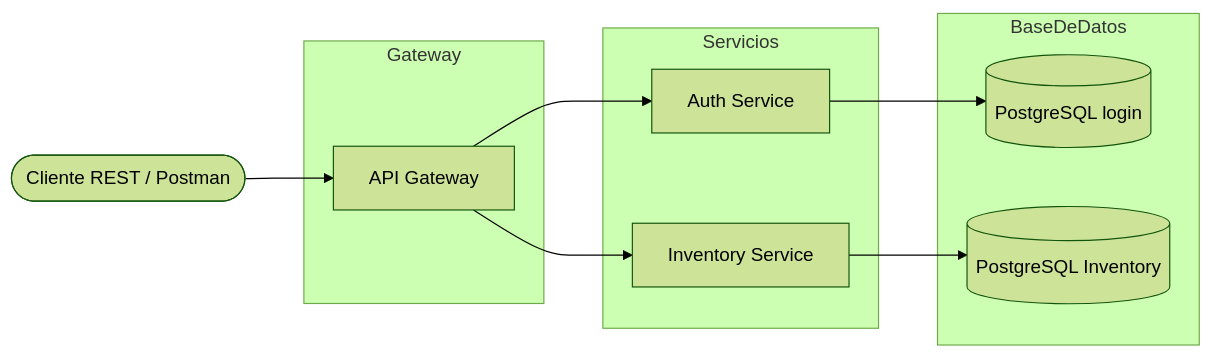
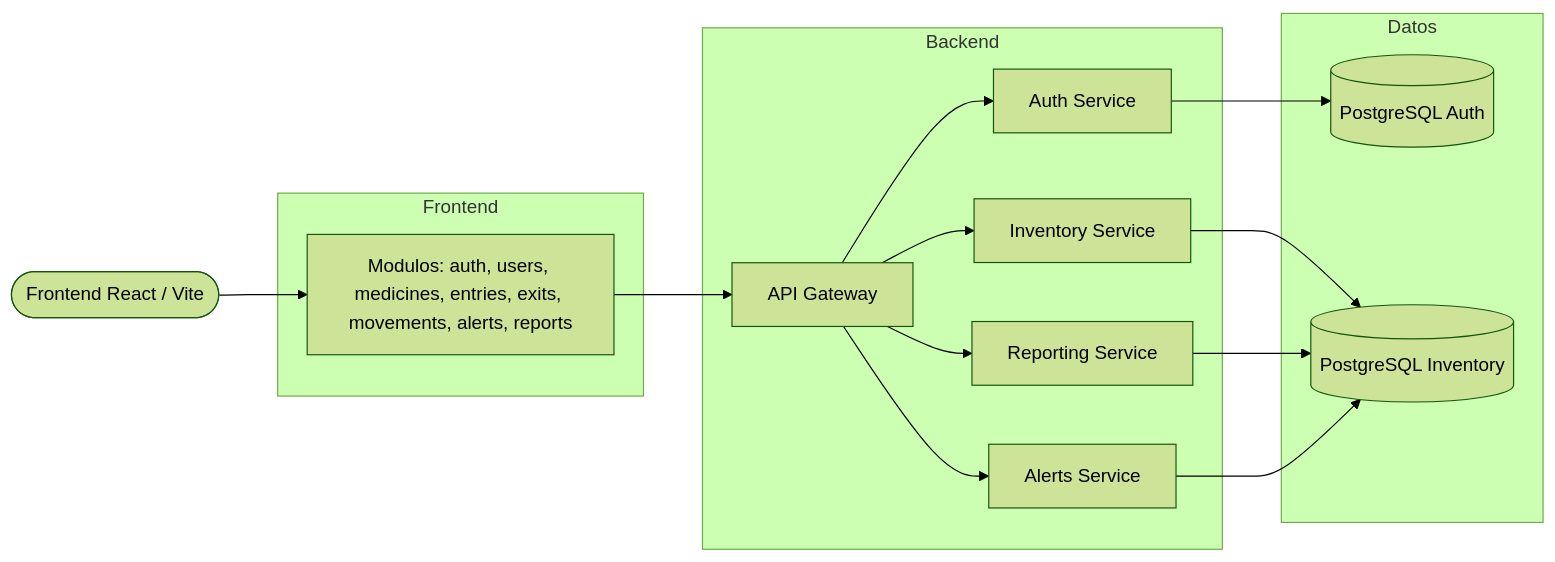
Before and after one commit to jose6668/FarmaExpres-Diagramas: the third of 4 diagrams in README.md, drawn with Mermaid (forest theme). The commit also changed other lines of this file, not shown here.

````diff
--- a/README.md
+++ b/README.md
@@ -164,27 +201,33 @@
 ```mermaid
 flowchart LR
 
-Cliente([Cliente REST / Postman])
+Cliente([Frontend React / Vite])
 
-subgraph Gateway
-GW[API Gateway]
+subgraph Frontend
+APP[Modulos: auth, users, medicines, entries, exits, movements, alerts, reports]
 end
 
-subgraph Servicios
+subgraph Backend
+GW[API Gateway]
 AUTH[Auth Service]
 INV[Inventory Service]
+REP[Reporting Service]
+ALR[Alerts Service]
 end
 
-subgraph BaseDeDatos
-DBL[(PostgreSQL login)]
-DBI[(PostgreSQL Inventory)]
+subgraph Datos
+DBAUTH[(PostgreSQL Auth)]
+DBINV[(PostgreSQL Inventory)]
 end
 
-Cliente --> GW
+Cliente --> APP
+APP --> GW
 GW --> AUTH
 GW --> INV
-
-AUTH --> DBL
-INV --> DBI
-
+GW --> REP
+GW --> ALR
+AUTH --> DBAUTH
+INV --> DBINV
+REP --> DBINV
+ALR --> DBINV
 ```
````
